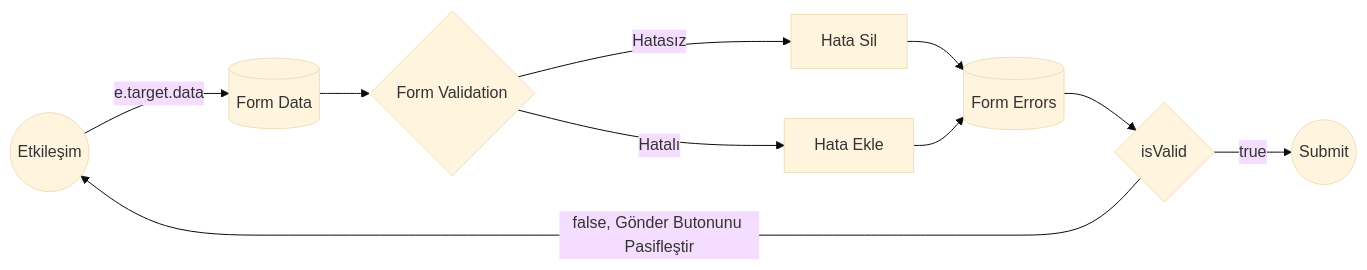
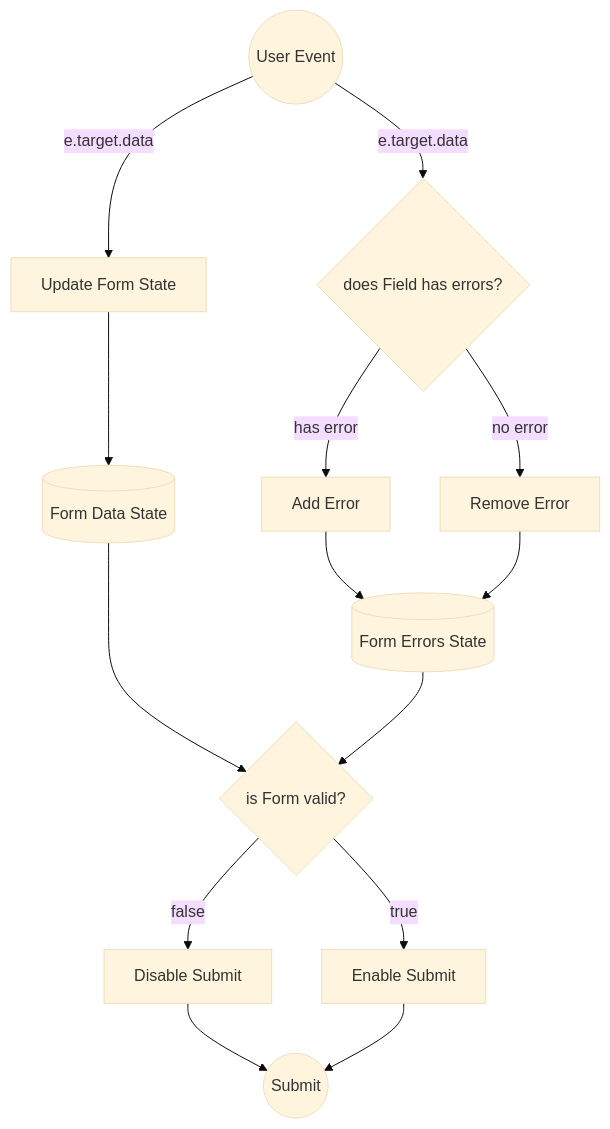
Before and after one commit to Anilsevinc/fsweb-s8-challenge-pizza: the second of 2 diagrams in README.md, drawn with Mermaid (base theme). The commit also changed other lines of this file and 34 other files, not shown here.

````diff
--- a/README.md
+++ b/README.md
@@ -35,12 +36,14 @@
 ```mermaid
-graph LR
-A((Etkileşim)) --e.target.data-->  F[(Form Data)]
-F--> V{Form Validation}
-V--Hatalı-->H[Hata Ekle]
-V--Hatasız-->S[Hata Sil]
+graph TB
+A((User Event)) --e.target.data--> V{does Field has errors?}
+A--e.target.data-->G[Update Form State]-->F[(Form Data State)]
+V--has error-->H[Add Error]
+V--no error-->S[Remove Error]
+H-->E[(Form Errors State)]
 S-->E
-H-->E[(Form Errors)]
-E-->I{isValid}
-I--false, Gönder Butonunu Pasifleştir-->A
-I--true-->Z((Submit))
+F--->I
+E--> I{is Form valid?}
+Z((Submit))
+I--false-->B[Disable Submit]-->Z
+I--true-->C[Enable Submit]-->Z
 ```
````
